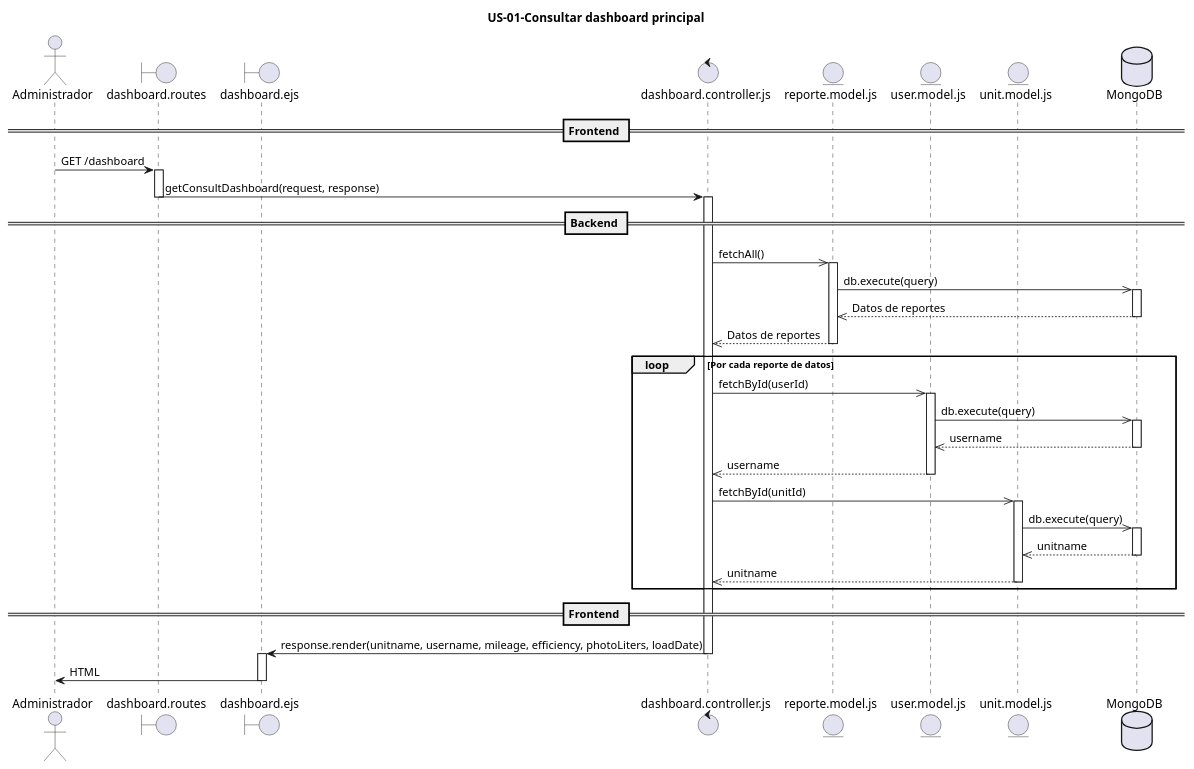
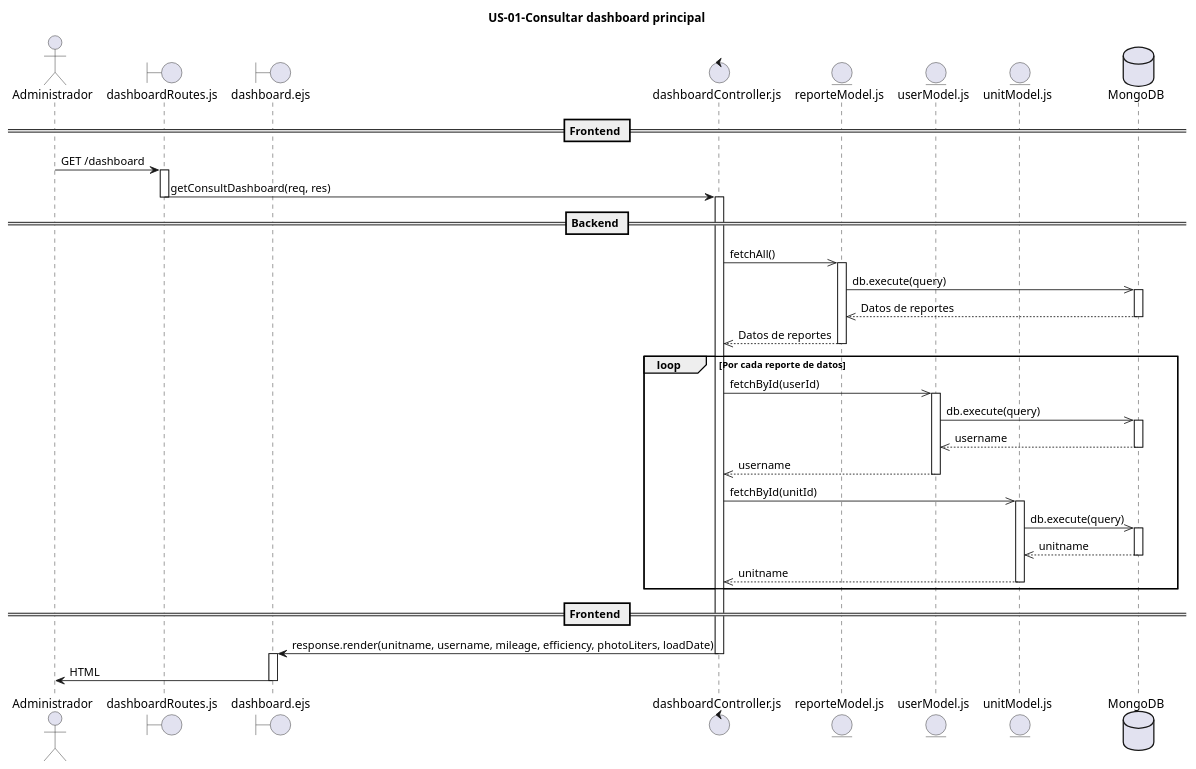
Before and after one commit to PIX3L-IT/dieselflow-dise-o: the diagram in MVP/US-01-dashboardPrincipal/US-01-dashboardPrincipal.puml, drawn with PlantUML.

Commit message:
fix: cambiar a camelcase controller, model, route

```diff
--- a/MVP/US-01-dashboardPrincipal/US-01-dashboardPrincipal.puml
+++ b/MVP/US-01-dashboardPrincipal/US-01-dashboardPrincipal.puml
@@ -1,68 +1,68 @@
 @startuml
 title US-01-Consultar dashboard principal
 
 actor Administrador
 
-boundary "dashboard.routes" as R
+boundary "dashboardRoutes.js" as R
 boundary "dashboard.ejs" as View
-control "dashboard.controller.js" as C
-entity "reporte.model.js" as M_Reporte
-entity "user.model.js" as M_User
-entity "unit.model.js" as M_Unit
+control "dashboardController.js" as C
+entity "reporteModel.js" as M_Reporte
+entity "userModel.js" as M_User
+entity "unitModel.js" as M_Unit
 database "MongoDB" as DB
 
 == Frontend ==
 Administrador -> R: GET /dashboard
 
 activate R
-R -> C: getConsultDashboard(request, response)
+R -> C: getConsultDashboard(req, res)
 deactivate R
 
 == Backend ==
 activate C
 C ->> M_Reporte: fetchAll()
 
 activate M_Reporte
 M_Reporte ->> DB: db.execute(query)
 
 activate DB
 DB -->> M_Reporte: Datos de reportes
 deactivate DB
 
 M_Reporte -->> C: Datos de reportes
 deactivate M_Reporte
 
 loop Por cada reporte de datos
     C ->> M_User: fetchById(userId)
 activate M_User
     M_User ->> DB: db.execute(query)
 
     activate DB
     DB -->> M_User: username
     deactivate DB
 
     M_User -->> C: username
     deactivate M_User
 
     C ->> M_Unit: fetchById(unitId)
 
     activate M_Unit
     M_Unit ->> DB: db.execute(query)
 
     activate DB
     DB -->> M_Unit: unitname
     deactivate DB
 
     M_Unit -->> C: unitname
     deactivate M_Unit
 end
 
 == Frontend ==
 C -> View: response.render(unitname, username, mileage, efficiency, photoLiters, loadDate)
 deactivate C
 
 activate View
 View -> Administrador: HTML
 deactivate View
 
 @enduml
```
